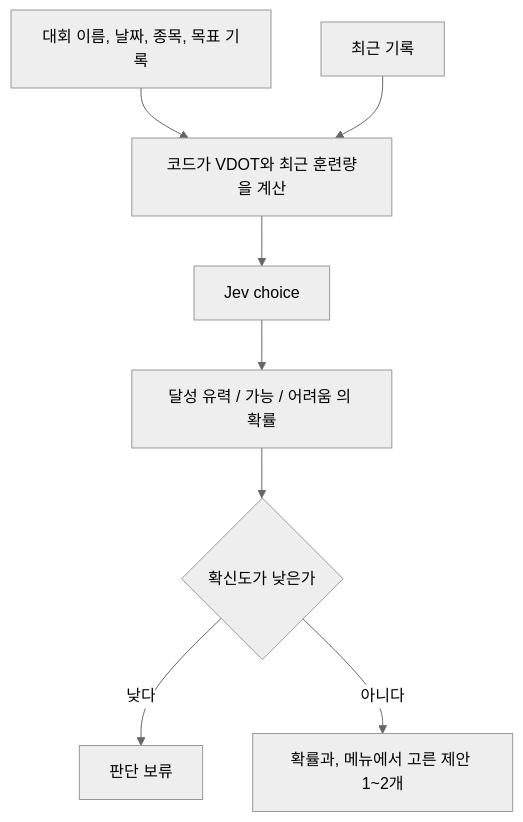
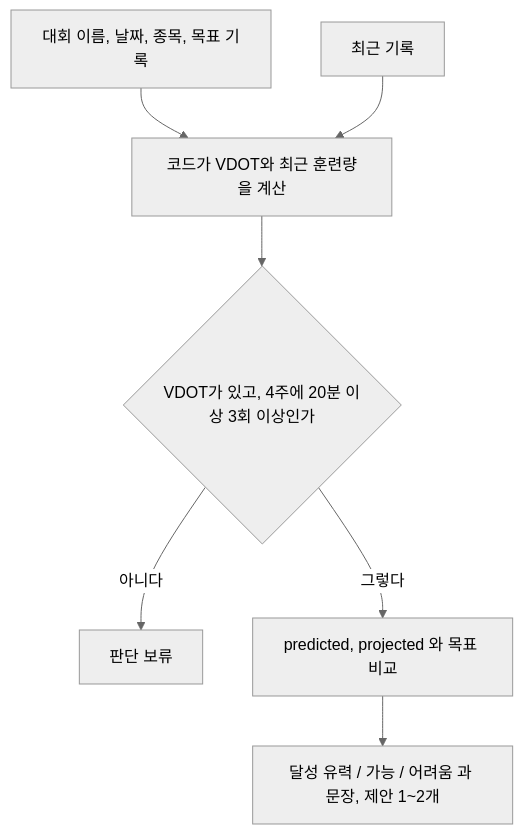
One commit to BeomhyunPark/hoohaa changed the diagram in docs/v4/features/goal.md. Above: the diagram before and after it, drawn with Mermaid (neutral theme). The commit also changed other lines of this file and 17 other files, not shown here.

````diff
--- a/docs/v4/features/goal.md
+++ b/docs/v4/features/goal.md
@@ -39,10 +39,9 @@
 ```mermaid
 flowchart TD
   goal["대회 이름, 날짜, 종목, 목표 기록"] --> math["코드가 VDOT와 최근 훈련량을 계산"]
   runs["최근 기록"] --> math
-  math --> jev["Jev choice"]
-  jev --> p["달성 유력 / 가능 / 어려움 의 확률"]
-  p --> gate{"확신도가 낮은가"}
-  gate -->|낮다| hold["판단 보류"]
-  gate -->|아니다| show["확률과, 메뉴에서 고른 제안 1~2개"]
+  math --> gate{"VDOT가 있고, 4주에 20분 이상 3회 이상인가"}
+  gate -->|아니다| hold["판단 보류"]
+  gate -->|그렇다| rule["predicted, projected 와 목표 비교"]
+  rule --> show["달성 유력 / 가능 / 어려움 과 문장, 제안 1~2개"]
 ```
````
